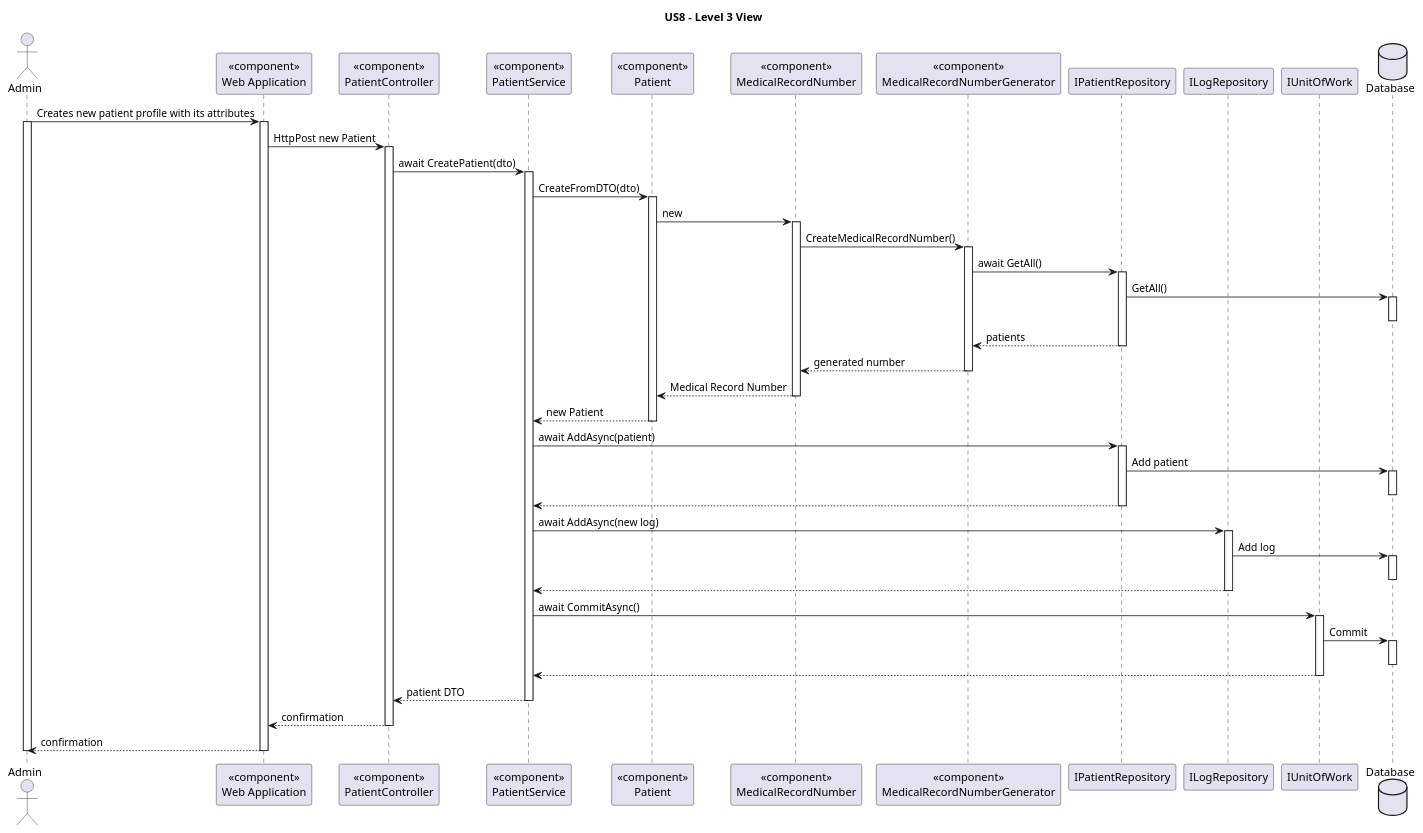
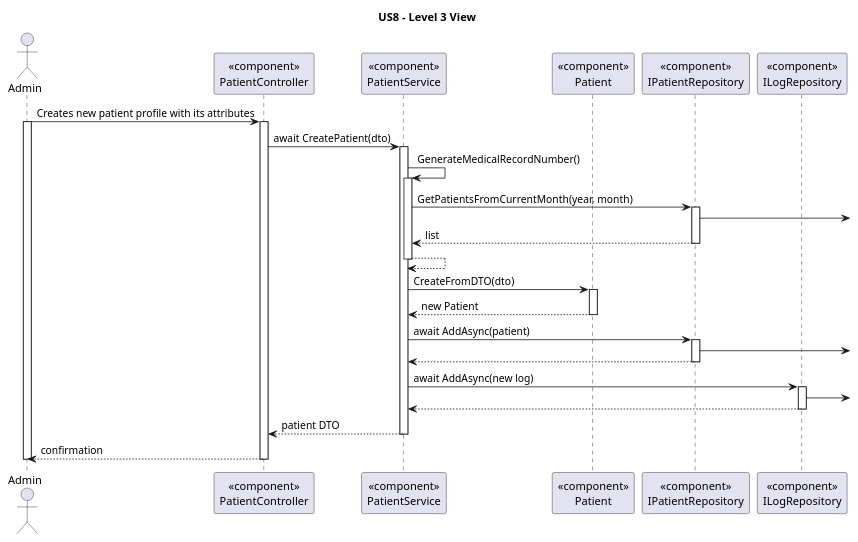
One commit to andredsferreira/p5sem-3dj-g59 changed the diagram in docs/user_stories/sprint-a/us8/views/level-3/US8-level-3-view.puml. Above: the diagram before and after it, drawn with PlantUML. The commit also changed 1 other file, not shown here.

```diff
--- a/docs/user_stories/sprint-a/us8/views/level-3/US8-level-3-view.puml
+++ b/docs/user_stories/sprint-a/us8/views/level-3/US8-level-3-view.puml
@@ -12,82 +12,57 @@
 @startuml
 
 title US8 - Level 3 View
 
 actor Admin as U
-participant "<<component>>\nWeb Application" as web
-participant "<<component>>\nPatientController" as ctrl
-participant "<<component>>\nPatientService" as service
-participant "<<component>>\nPatient" as pat
-participant "<<component>>\nMedicalRecordNumber" as number
-participant "<<component>>\nMedicalRecordNumberGenerator" as generator
+participant "«component»\nPatientController" as ctrl
+participant "«component»\nPatientService" as service
+participant "«component»\nPatient" as pat
 
-participant "IPatientRepository" as patrepo
-participant "ILogRepository" as logrepo
-participant "IUnitOfWork" as work
-database "Database" as db
+participant "«component»\nIPatientRepository" as patrepo
+participant "«component»\nILogRepository" as logrepo
 
-U -> web : Creates new patient profile with its attributes
+U -> ctrl : Creates new patient profile with its attributes
 activate U
-activate web
-web -> ctrl : HttpPost new Patient
 activate ctrl
 
 ctrl -> service : await CreatePatient(dto)
 activate service
 
+service -> service : GenerateMedicalRecordNumber()
+activate service
+
+service -> patrepo : GetPatientsFromCurrentMonth(year, month)
+activate patrepo
+patrepo ->
+patrepo --> service : list
+deactivate patrepo
+
+service --> service
+deactivate service
+
 service -> pat : CreateFromDTO(dto)
 activate pat
-pat -> number : new
-activate number
 
-number -> generator : CreateMedicalRecordNumber()
-activate generator
-generator -> patrepo : await GetAll()
-activate patrepo
-patrepo -> db : GetAll()
-activate db
-deactivate db
-
-patrepo --> generator : patients
-deactivate patrepo
-generator --> number : generated number
-deactivate generator
-number --> pat : Medical Record Number
-deactivate number
 pat --> service : new Patient
 deactivate pat
 
 service -> patrepo : await AddAsync(patient)
 activate patrepo
-patrepo -> db : Add patient
-activate db
-deactivate db
+patrepo -> 
 patrepo --> service
 deactivate patrepo
 
 service -> logrepo : await AddAsync(new log)
 activate logrepo
-logrepo -> db : Add log
-activate db
-deactivate db
+logrepo ->
 logrepo --> service
 deactivate logrepo
 
-service -> work : await CommitAsync()
-activate work
-work -> db : Commit
-activate db
-deactivate db
-work --> service
-deactivate work
-
 service --> ctrl : patient DTO
 deactivate service
-ctrl --> web : confirmation
+ctrl --> U : confirmation
 deactivate ctrl
-web --> U : confirmation
-deactivate web
 deactivate U
 
 
 @enduml
```
